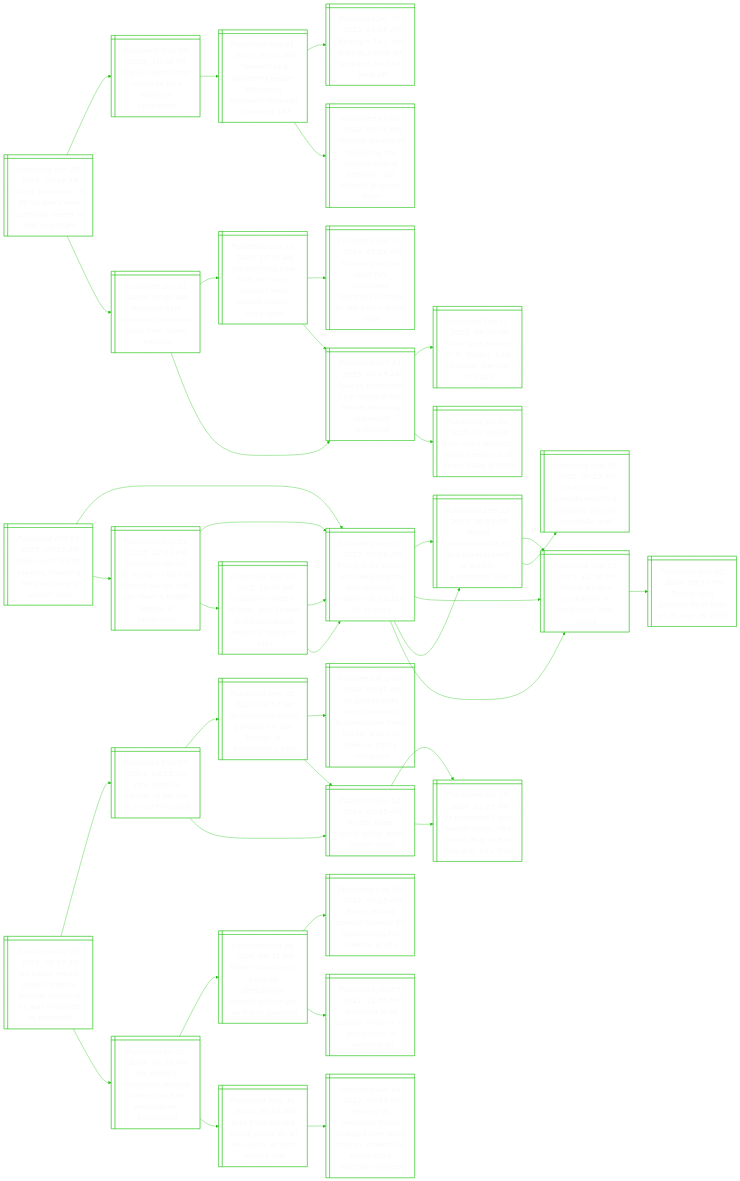
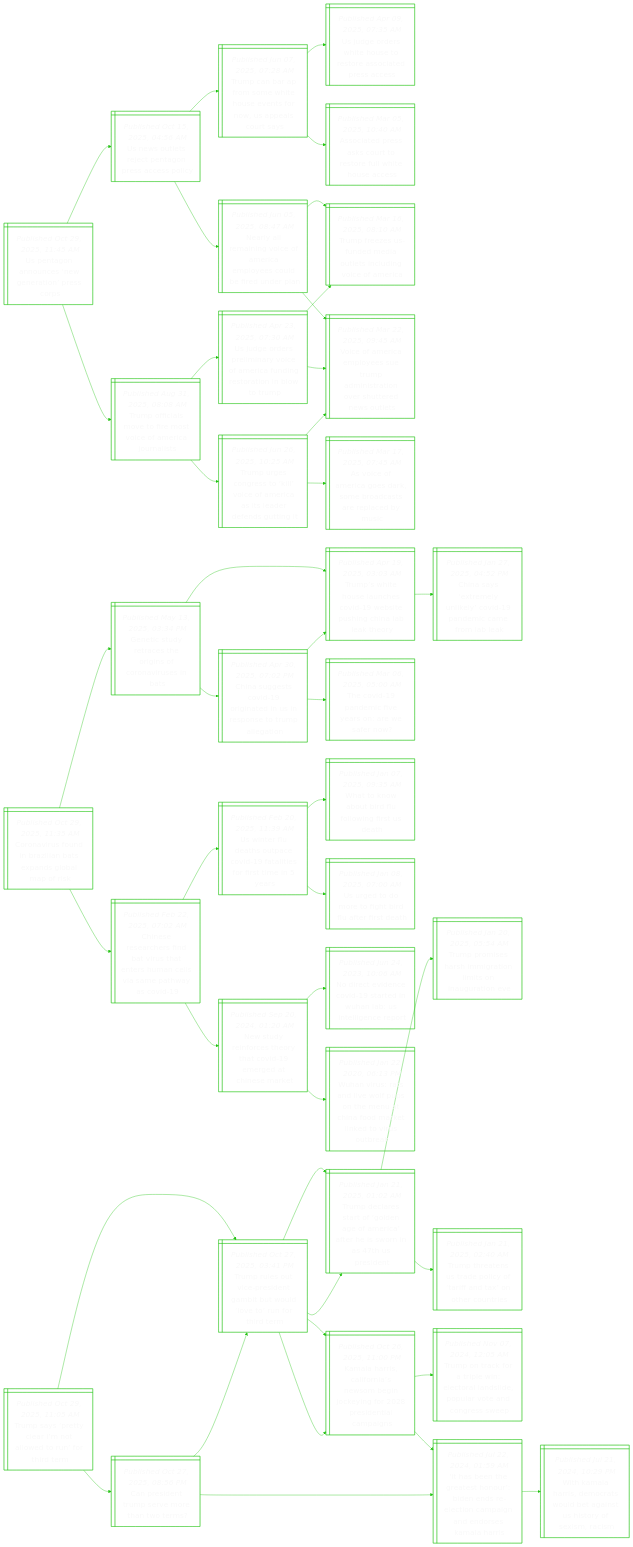
One commit to notJmes/notJmes changed the diagram in README.md. Above: the diagram before and after it, drawn with Mermaid. The commit also changed other lines of this file, not shown here.

````diff
--- a/README.md
+++ b/README.md
@@ -16,127 +16,136 @@
 flowchart LR
 classDef txtsize font-size:20px;
 
-QssXovlnsntft@{ shape: win-pane, label: "_Published Oct 29, 2025, 07:38 AM_
-Quiet supersonic x-59 jet soars over california desert in first test flight" }
-Festoescnt@{ shape: win-pane, label: "_Published May 05, 2025, 10:00 PM_
-France names first concorde jet a historical monument" }
-FeaebBoesoti@{ shape: win-pane, label: "_Published Feb 01, 2023, 02:42 AM_
-'farewell to a wonderful beast': billionaire branson's homage to boeing 747" }
-Bgonmtaoad@{ shape: win-pane, label: "_Published Jan 30, 2023, 08:16 AM_
-Boeing's 747, the original jumbo jet, prepares for final send-off" }
-Unarltratlahrn@{ shape: win-pane, label: "_Published Jul 03, 2022, 09:26 AM_
-Ukraine dreams of rebuilding the world's largest airplane. can richard branson help?" }
-ToatMnaMin@{ shape: win-pane, label: "_Published Oct 22, 2025, 07:00 AM_
-Tensions flare between musk and nasa over moon mission" }
-Uinboniiclai@{ shape: win-pane, label: "_Published Oct 21, 2025, 12:55 AM_
-Us soliciting new bids for moon mission amid spacex delays: nasa chief" }
-SXsneetiMneuy@{ shape: win-pane, label: "_Published Sep 23, 2024, 05:12 AM_
-Spacex plans to send five uncrewed starships to mars in two years, musk says" }
-SXltrtedigdo@{ shape: win-pane, label: "_Published Oct 14, 2025, 07:49 AM_
-Spacex completes 11th starship test before debuting upgraded prototype" }
-SXltrtedigdo@{ shape: win-pane, label: "_Published Oct 14, 2025, 07:49 AM_
-Spacex completes 11th starship test before debuting upgraded prototype" }
-Maaoifrbap@{ shape: win-pane, label: "_Published Sep 11, 2025, 09:30 PM_
-Musk says spacex to fly bigger, fully reusable starship in 2026" }
-Euoseeft@{ shape: win-pane, label: "_Published Jun 04, 2025, 03:46 AM_
-Elon musk projects spacex revenue of about $20b in 2025" }
+Utaneeosp@{ shape: win-pane, label: "_Published Oct 29, 2025, 11:45 AM_
+Us pentagon announces ‘new generation’ press corps" }
+Usejeosel@{ shape: win-pane, label: "_Published Oct 15, 2025, 04:56 AM_
+Us news outlets reject pentagon press access policy" }
+Tcroeeetnalrs@{ shape: win-pane, label: "_Published Jun 07, 2025, 07:28 AM_
+Trump can bar ap from some white house events for now, us appeals court says" }
+Ugeiurroese@{ shape: win-pane, label: "_Published Apr 09, 2025, 07:35 AM_
+Us judge orders white house to restore associated press access" }
+AiPaoooltse@{ shape: win-pane, label: "_Published Mar 05, 2025, 10:40 AM_
+Associated press asks court to restore full white house access" }
+NyeiiAclsdrda@{ shape: win-pane, label: "_Published Jun 05, 2025, 08:47 AM_
+Nearly all remaining voice of america employees could be fired under plan" }
+Tfeumotlgee@{ shape: win-pane, label: "_Published Mar 16, 2025, 08:10 AM_
+Trump freezes us-funded media outlets including voice of america" }
+Vormeepnaohrwl@{ shape: win-pane, label: "_Published Mar 22, 2025, 09:45 AM_
+Voice of america employees sue trump administration over shuttered news outlets" }
+ToiofoiAcrs@{ shape: win-pane, label: "_Published Aug 31, 2025, 08:08 AM_
+Trump officials move to fire most voice of america journalists" }
+Ugeenofinrrnor@{ shape: win-pane, label: "_Published Apr 23, 2025, 07:30 AM_
+Us judge orders preliminary voice of america funding restoration in blow to trump" }
+Tfeumotlgee@{ shape: win-pane, label: "_Published Mar 16, 2025, 08:10 AM_
+Trump freezes us-funded media outlets including voice of america" }
+Vormeepnaohrwl@{ shape: win-pane, label: "_Published Mar 22, 2025, 09:45 AM_
+Voice of america employees sue trump administration over shuttered news outlets" }
+TuCekofiiaesi@{ shape: win-pane, label: "_Published Jun 26, 2025, 10:25 AM_
+Trump urges congress to ‘kill’ voice of america as its leader defends gutting it" }
+Vormeepnaohrwl@{ shape: win-pane, label: "_Published Mar 22, 2025, 09:45 AM_
+Voice of america employees sue trump administration over shuttered news outlets" }
+Acmadooseayc@{ shape: win-pane, label: "_Published Mar 17, 2025, 07:45 AM_
+As voice of america goes dark, some broadcasts are replaced by music" }
 
-QssXovlnsntft:::txtsize --> Festoescnt:::txtsize
-Festoescnt:::txtsize --> FeaebBoesoti:::txtsize
-FeaebBoesoti:::txtsize --> Bgonmtaoad:::txtsize
-FeaebBoesoti:::txtsize --> Unarltratlahrn:::txtsize
-QssXovlnsntft:::txtsize --> ToatMnaMin:::txtsize
-ToatMnaMin:::txtsize --> Uinboniiclai:::txtsize
-Uinboniiclai:::txtsize --> SXsneetiMneuy:::txtsize
-Uinboniiclai:::txtsize --> SXltrtedigdo:::txtsize
-ToatMnaMin:::txtsize --> SXltrtedigdo:::txtsize
-SXltrtedigdo:::txtsize --> Maaoifrbap:::txtsize
-SXltrtedigdo:::txtsize --> Euoseeft:::txtsize
+Utaneeosp:::txtsize --> Usejeosel:::txtsize
+Usejeosel:::txtsize --> Tcroeeetnalrs:::txtsize
+Tcroeeetnalrs:::txtsize --> Ugeiurroese:::txtsize
+Tcroeeetnalrs:::txtsize --> AiPaoooltse:::txtsize
+Usejeosel:::txtsize --> NyeiiAclsdrda:::txtsize
+NyeiiAclsdrda:::txtsize --> Tfeumotlgee:::txtsize
+NyeiiAclsdrda:::txtsize --> Vormeepnaohrwl:::txtsize
+Utaneeosp:::txtsize --> ToiofoiAcrs:::txtsize
+ToiofoiAcrs:::txtsize --> Ugeenofinrrnor:::txtsize
+Ugeenofinrrnor:::txtsize --> Tfeumotlgee:::txtsize
+Ugeenofinrrnor:::txtsize --> Vormeepnaohrwl:::txtsize
+ToiofoiAcrs:::txtsize --> TuCekofiiaesi:::txtsize
+TuCekofiiaesi:::txtsize --> Vormeepnaohrwl:::txtsize
+TuCekofiiaesi:::txtsize --> Acmadooseayc:::txtsize
 
-Tsylritigis@{ shape: win-pane, label: "_Published Oct 29, 2025, 07:19 AM_
-Texas sues tylenol makers, claiming they hid drug’s autism risks" }
-Tlampelaeitece@{ shape: win-pane, label: "_Published Sep 23, 2025, 04:56 AM_
-Trump links autism with paracetamol and vaccines, claims not backed by science" }
-Taitopeltago@{ shape: win-pane, label: "_Published Sep 22, 2025, 08:53 PM_
-Trump administration to link paracetamol to autism: washington post" }
-TwskoisC@{ shape: win-pane, label: "_Published Sep 13, 2025, 12:58 PM_
-Trump weighs crackdown on medicines from china" }
-Osptegdaedo@{ shape: win-pane, label: "_Published Sep 16, 2025, 02:25 AM_
-One in six us parents rejecting standard vaccine schedule: poll" }
-TwskoisC@{ shape: win-pane, label: "_Published Sep 13, 2025, 12:58 PM_
-Trump weighs crackdown on medicines from china" }
-Tshtfog@{ shape: win-pane, label: "_Published Aug 05, 2025, 09:50 PM_
-Trump says pharma tariff may go as high as 250%" }
-Sthtulfntiyrgnnn@{ shape: win-pane, label: "_Published Sep 23, 2025, 12:54 PM_
-Scientists hit out at trump’s claim of tylenol-autism link, say fever a bigger danger in pregnancy" }
-Tlampelaeitece@{ shape: win-pane, label: "_Published Sep 23, 2025, 04:56 AM_
-Trump links autism with paracetamol and vaccines, claims not backed by science" }
-Taitopeltago@{ shape: win-pane, label: "_Published Sep 22, 2025, 08:53 PM_
-Trump administration to link paracetamol to autism: washington post" }
-TwskoisC@{ shape: win-pane, label: "_Published Sep 13, 2025, 12:58 PM_
-Trump weighs crackdown on medicines from china" }
-IinonswatWhes@{ shape: win-pane, label: "_Published Sep 23, 2025, 10:45 AM_
-Is autism linked to tylenol, also known as paracetamol? what the research says" }
-Tlampelaeitece@{ shape: win-pane, label: "_Published Sep 23, 2025, 04:56 AM_
-Trump links autism with paracetamol and vaccines, claims not backed by science" }
-Tlampelaeitece@{ shape: win-pane, label: "_Published Sep 23, 2025, 04:56 AM_
-Trump links autism with paracetamol and vaccines, claims not backed by science" }
+Casdaasnoai@{ shape: win-pane, label: "_Published Oct 29, 2025, 11:35 AM_
+Coronavirus found in brazilian bats expands global map of risk" }
+Gidrtiooris@{ shape: win-pane, label: "_Published May 13, 2025, 03:34 PM_
+Genetic study retraces the origins of coronaviruses in bats" }
+Tseecoeeiibty@{ shape: win-pane, label: "_Published Apr 19, 2025, 03:03 AM_
+Trump’s white house launches covid-19 website pushing china lab leak theory" }
+Csxelydeaol@{ shape: win-pane, label: "_Published Jan 27, 2025, 04:52 PM_
+China says ‘extremely unlikely’ covid-19 pandemic came from lab leak" }
+CssvitUesrlt@{ shape: win-pane, label: "_Published Apr 30, 2025, 07:02 PM_
+China suggests covid-19 originated in us in response to trump allegation" }
+Tvncyowe@{ shape: win-pane, label: "_Published Mar 06, 2025, 05:00 AM_
+The covid-19 pandemic five years on: are we safer now?" }
+Tseecoeeiibty@{ shape: win-pane, label: "_Published Apr 19, 2025, 03:03 AM_
+Trump’s white house launches covid-19 website pushing china lab leak theory" }
+Cseenvtnhcvmhsd@{ shape: win-pane, label: "_Published Feb 22, 2025, 07:02 AM_
+Chinese researchers find bat virus that enters human cells via same pathway as covid-19" }
+Utuhpoatosea@{ shape: win-pane, label: "_Published Feb 20, 2025, 11:39 AM_
+Us winter flu deaths outpace covid-19 fatalities for first time in 5 years" }
+Woabllgta@{ shape: win-pane, label: "_Published Jan 07, 2025, 09:35 AM_
+What to know about bird flu following first us death" }
+Ueothdfie@{ shape: win-pane, label: "_Published Jan 08, 2025, 07:00 AM_
+Us urged to do more to fight bird flu after first death" }
+Nuicehveana@{ shape: win-pane, label: "_Published Sep 20, 2024, 01:20 AM_
+New study reinforces theory that covid-19 emerged at chinese market" }
+NeiedtWlilco@{ shape: win-pane, label: "_Published Jun 24, 2023, 10:06 AM_
+No direct evidence covid-19 started in wuhan lab: us intelligence report" }
+WvRnepneCfaldrtk@{ shape: win-pane, label: "_Published Jan 22, 2020, 06:13 PM_
+Wuhan virus: rats and live wolf pups on the menu at china food market linked to virus outbreak" }
 
-Tsylritigis:::txtsize --> Tlampelaeitece:::txtsize
-Tlampelaeitece:::txtsize --> Taitopeltago:::txtsize
-Taitopeltago:::txtsize --> TwskoisC:::txtsize
-Taitopeltago:::txtsize --> Osptegdaedo:::txtsize
-Tlampelaeitece:::txtsize --> TwskoisC:::txtsize
-TwskoisC:::txtsize --> Tshtfog:::txtsize
-Tsylritigis:::txtsize --> Sthtulfntiyrgnnn:::txtsize
-Sthtulfntiyrgnnn:::txtsize --> Tlampelaeitece:::txtsize
-Tlampelaeitece:::txtsize --> Taitopeltago:::txtsize
-Tlampelaeitece:::txtsize --> TwskoisC:::txtsize
-Sthtulfntiyrgnnn:::txtsize --> IinonswatWhes:::txtsize
-IinonswatWhes:::txtsize --> Tlampelaeitece:::txtsize
-IinonswatWhes:::txtsize --> Tlampelaeitece:::txtsize
+Casdaasnoai:::txtsize --> Gidrtiooris:::txtsize
+Gidrtiooris:::txtsize --> Tseecoeeiibty:::txtsize
+Tseecoeeiibty:::txtsize --> Csxelydeaol:::txtsize
+Gidrtiooris:::txtsize --> CssvitUesrlt:::txtsize
+CssvitUesrlt:::txtsize --> Tvncyowe:::txtsize
+CssvitUesrlt:::txtsize --> Tseecoeeiibty:::txtsize
+Casdaasnoai:::txtsize --> Cseenvtnhcvmhsd:::txtsize
+Cseenvtnhcvmhsd:::txtsize --> Utuhpoatosea:::txtsize
+Utuhpoatosea:::txtsize --> Woabllgta:::txtsize
+Utuhpoatosea:::txtsize --> Ueothdfie:::txtsize
+Cseenvtnhcvmhsd:::txtsize --> Nuicehveana:::txtsize
+Nuicehveana:::txtsize --> NeiedtWlilco:::txtsize
+Nuicehveana:::txtsize --> WvRnepneCfaldrtk:::txtsize
 
-UsotBsiagsisi@{ shape: win-pane, label: "_Published Oct 29, 2025, 06:59 AM_
-Us house report details biden’s decline, claiming he was impaired as president" }
-Wdaosstr@{ shape: win-pane, label: "_Published Dec 03, 2024, 08:15 AM_
-Why biden’s pardon of his son is so controversial" }
-Ustnosuibln@{ shape: win-pane, label: "_Published Dec 02, 2024, 08:53 AM_
-Us president biden pardons his son hunter in bombshell u-turn" }
-Usoyabendeeepyu@{ shape: win-pane, label: "_Published Aug 08, 2024, 09:41 AM_
-Us prosecutors says romanian businessman hired hunter biden to seek us policy influence" }
-Hrndtts@{ shape: win-pane, label: "_Published Jun 12, 2024, 02:35 AM_
-Hunter biden found guilty. what comes next?" }
-Hrndtts@{ shape: win-pane, label: "_Published Jun 12, 2024, 02:35 AM_
-Hunter biden found guilty. what comes next?" }
-UstHrnadsuji@{ shape: win-pane, label: "_Published Jun 12, 2024, 12:15 AM_
-Us president’s son, hunter biden, lied about drug use to buy gun, jury finds" }
-UstHrnadsuji@{ shape: win-pane, label: "_Published Jun 12, 2024, 12:15 AM_
-Us president’s son, hunter biden, lied about drug use to buy gun, jury finds" }
-Jdirebddaoao@{ shape: win-pane, label: "_Published Jul 01, 2024, 07:39 AM_
-Joe biden’s disastrous debate blamed on bad preparation, exhaustion" }
-BsleUsteenspc@{ shape: win-pane, label: "_Published Jun 28, 2024, 09:21 AM_
-Biden stumbles in early us presidential debate exchanges as trump pounces" }
-Balcoluohnc@{ shape: win-pane, label: "_Published Feb 09, 2024, 07:15 AM_
-Biden assails special counsel for questioning his mental acuity" }
-SiUiinenWn@{ shape: win-pane, label: "_Published Jan 07, 2021, 12:55 PM_
-Storming of us capitol: timeline of key events in washington" }
-JioTgyltuni@{ shape: win-pane, label: "_Published May 31, 2024, 05:18 AM_
-Jury finds donald trump guilty on all 34 counts at hush money trial" }
-Frenmrvseebeia@{ shape: win-pane, label: "_Published Apr 04, 2023, 08:59 PM_
-Former us president trump charged over hush money scheme to boost 2016 election chances" }
+TsrcIaeutt@{ shape: win-pane, label: "_Published Oct 29, 2025, 11:05 AM_
+Trump says ‘pretty clear i’m not allowed to run’ for third term" }
+Trocstiwloorm@{ shape: win-pane, label: "_Published Oct 27, 2025, 03:41 PM_
+Trump rules out vice-president gambit but would ‘love to’ run for third term" }
+TdragnfitirsPd@{ shape: win-pane, label: "_Published Jan 21, 2025, 01:02 AM_
+Trump declares start of ‘golden age of america’ after he is sworn in as 47th us president" }
+Tpsrmtioutv@{ shape: win-pane, label: "_Published Jan 20, 2025, 05:54 AM_
+Trump promises harsh immigration limits on inauguration eve" }
+TttSecaaxhue@{ shape: win-pane, label: "_Published Jan 21, 2025, 02:40 AM_
+Trump threatens us trade policy of ‘tariff and tax’ on other countries" }
+Kaiiiweoiriimn@{ shape: win-pane, label: "_Published Oct 26, 2025, 11:00 PM_
+Kamala harris, california’s newsom begin jockeying for 2028 presidential campaigns" }
+TocalEoaipvngs@{ shape: win-pane, label: "_Published Nov 07, 2024, 12:05 AM_
+Trump on track for a triple win: electoral landslide, popular vote and congress sweep" }
+IbhahrnrccidraHs@{ shape: win-pane, label: "_Published Jul 22, 2024, 01:59 AM_
+‘it has been the greatest honour’: biden ends re-election campaign and endorses kamala harris" }
+Cenmvetr@{ shape: win-pane, label: "_Published Oct 27, 2025, 08:56 PM_
+Can president trump serve more than two terms?" }
+Trocstiwloorm@{ shape: win-pane, label: "_Published Oct 27, 2025, 03:41 PM_
+Trump rules out vice-president gambit but would ‘love to’ run for third term" }
+TdragnfitirsPd@{ shape: win-pane, label: "_Published Jan 21, 2025, 01:02 AM_
+Trump declares start of ‘golden age of america’ after he is sworn in as 47th us president" }
+Kaiiiweoiriimn@{ shape: win-pane, label: "_Published Oct 26, 2025, 11:00 PM_
+Kamala harris, california’s newsom begin jockeying for 2028 presidential campaigns" }
+IbhahrnrccidraHs@{ shape: win-pane, label: "_Published Jul 22, 2024, 01:59 AM_
+‘it has been the greatest honour’: biden ends re-election campaign and endorses kamala harris" }
+WaHscwbaUtfsi@{ shape: win-pane, label: "_Published Jul 21, 2024, 10:29 PM_
+With kamala harris, democrats would bet against us history of sexism, racism" }
 
-UsotBsiagsisi:::txtsize --> Wdaosstr:::txtsize
-Wdaosstr:::txtsize --> Ustnosuibln:::txtsize
-Ustnosuibln:::txtsize --> Usoyabendeeepyu:::txtsize
-Ustnosuibln:::txtsize --> Hrndtts:::txtsize
-Wdaosstr:::txtsize --> Hrndtts:::txtsize
-Hrndtts:::txtsize --> UstHrnadsuji:::txtsize
-Hrndtts:::txtsize --> UstHrnadsuji:::txtsize
-UsotBsiagsisi:::txtsize --> Jdirebddaoao:::txtsize
-Jdirebddaoao:::txtsize --> BsleUsteenspc:::txtsize
-BsleUsteenspc:::txtsize --> Balcoluohnc:::txtsize
-BsleUsteenspc:::txtsize --> SiUiinenWn:::txtsize
-Jdirebddaoao:::txtsize --> JioTgyltuni:::txtsize
-JioTgyltuni:::txtsize --> Frenmrvseebeia:::txtsize
+TsrcIaeutt:::txtsize --> Trocstiwloorm:::txtsize
+Trocstiwloorm:::txtsize --> TdragnfitirsPd:::txtsize
+TdragnfitirsPd:::txtsize --> Tpsrmtioutv:::txtsize
+TdragnfitirsPd:::txtsize --> TttSecaaxhue:::txtsize
+Trocstiwloorm:::txtsize --> Kaiiiweoiriimn:::txtsize
+Kaiiiweoiriimn:::txtsize --> TocalEoaipvngs:::txtsize
+Kaiiiweoiriimn:::txtsize --> IbhahrnrccidraHs:::txtsize
+TsrcIaeutt:::txtsize --> Cenmvetr:::txtsize
+Cenmvetr:::txtsize --> Trocstiwloorm:::txtsize
+Trocstiwloorm:::txtsize --> TdragnfitirsPd:::txtsize
+Trocstiwloorm:::txtsize --> Kaiiiweoiriimn:::txtsize
+Cenmvetr:::txtsize --> IbhahrnrccidraHs:::txtsize
+IbhahrnrccidraHs:::txtsize --> WaHscwbaUtfsi:::txtsize
 
 ```
````
